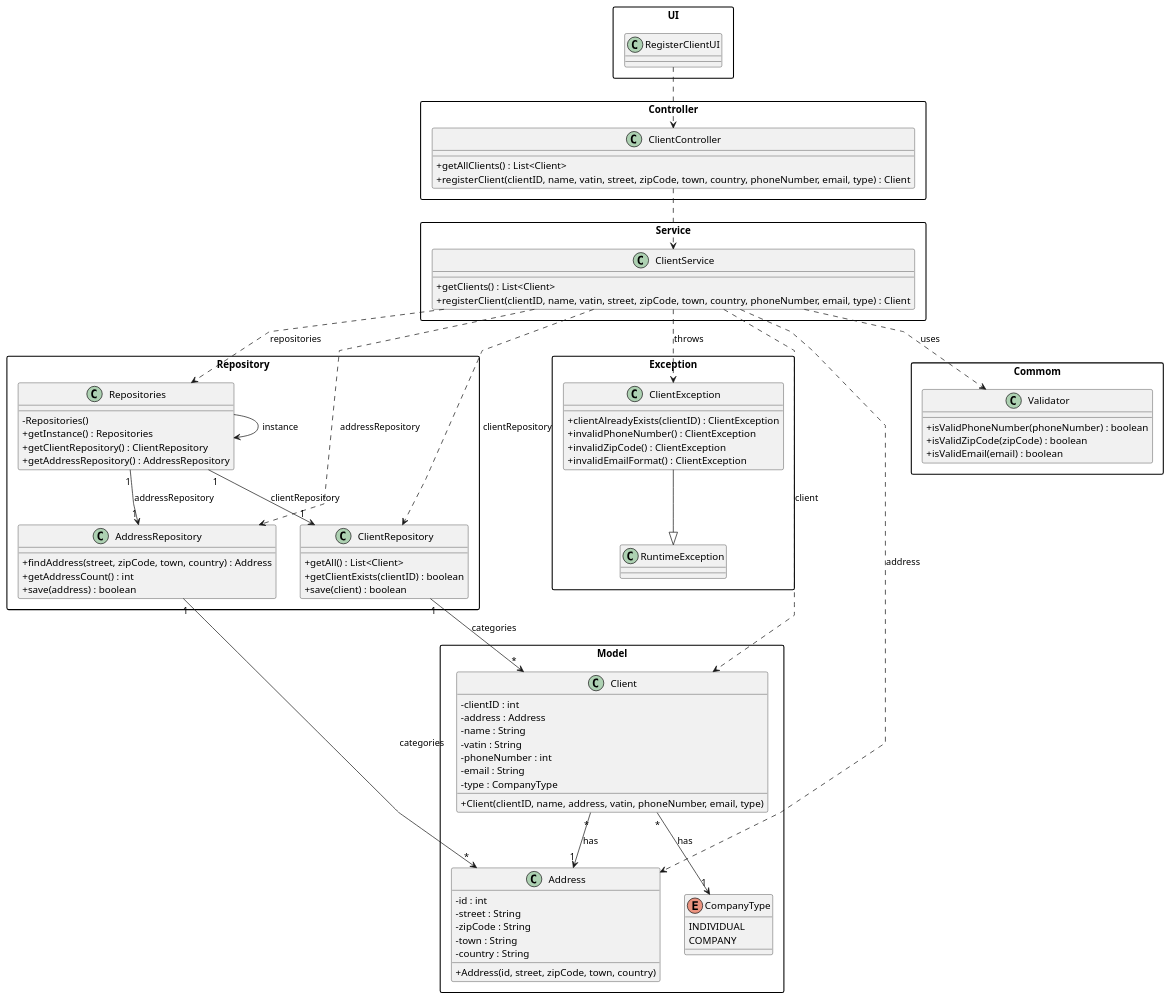
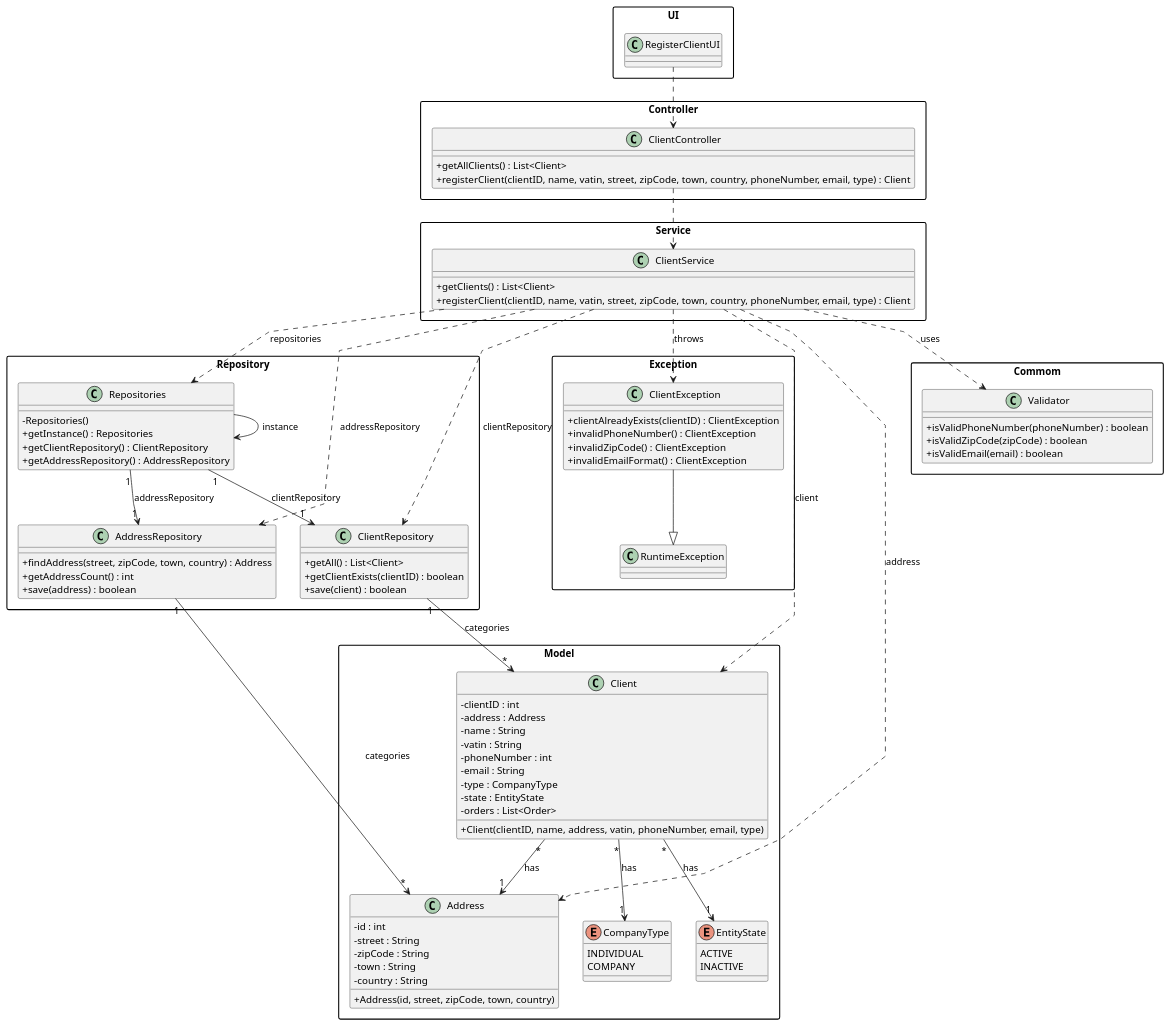
Before and after one commit to daniel41silva05/Production_Control_Industrial_ISEP: the diagram in documentation/user-stories/us001/03.design/puml/us001-class-diagram.puml, drawn with PlantUML. The commit also changed 22 other files, not shown here.

```diff
--- a/documentation/user-stories/us001/03.design/puml/us001-class-diagram.puml
+++ b/documentation/user-stories/us001/03.design/puml/us001-class-diagram.puml
@@ -1,112 +1,120 @@
 @startuml
 skinparam packageStyle rectangle
 skinparam shadowing false
 skinparam linetype polyline
 skinparam classAttributeIconSize 0
 
 package "UI" {
     class RegisterClientUI {
     }
 }
 
 package "Controller" {
     class ClientController {
         +getAllClients() : List<Client>
         +registerClient(clientID, name, vatin, street, zipCode, town, country, phoneNumber, email, type) : Client
     }
 }
 
 package "Service" {
     class ClientService {
         +getClients() : List<Client>
         +registerClient(clientID, name, vatin, street, zipCode, town, country, phoneNumber, email, type) : Client
     }
 }
 
 package "Repository" {
     class Repositories {
         -Repositories()
         +getInstance() : Repositories
         +getClientRepository() : ClientRepository
         +getAddressRepository() : AddressRepository
     }
 
     class ClientRepository {
         +getAll() : List<Client>
         +getClientExists(clientID) : boolean
         +save(client) : boolean
     }
 
     class AddressRepository {
         +findAddress(street, zipCode, town, country) : Address
         +getAddressCount() : int
         +save(address) : boolean
     }
 }
 
 package "Model" {
     class Client {
         -clientID : int
         -address : Address
         -name : String
         -vatin : String
         -phoneNumber : int
         -email : String
         -type : CompanyType
+        -state : EntityState
+        -orders : List<Order>
         +Client(clientID, name, address, vatin, phoneNumber, email, type)
     }
 
     class Address {
         -id : int
         -street : String
         -zipCode : String
         -town : String
         -country : String
         +Address(id, street, zipCode, town, country)
     }
 
     enum CompanyType {
         INDIVIDUAL
         COMPANY
+    }
+
+    enum EntityState {
+        ACTIVE
+        INACTIVE
     }
 }
 
 package "Exception" {
     class ClientException {
         +clientAlreadyExists(clientID) : ClientException
         +invalidPhoneNumber() : ClientException
         +invalidZipCode() : ClientException
         +invalidEmailFormat() : ClientException
     }
 
     class RuntimeException
 }
 
 package "Commom" {
     class Validator {
         +isValidPhoneNumber(phoneNumber) : boolean
         +isValidZipCode(zipCode) : boolean
         +isValidEmail(email) : boolean
     }
 }
 
 
 RegisterClientUI ..> ClientController
 ClientController ..> ClientService
 ClientService ..> Repositories : repositories
 ClientService ..> ClientRepository : clientRepository
 ClientService ..> AddressRepository : addressRepository
 ClientService ..> Client : client
 ClientService ..> Address : address
 Repositories --> Repositories : instance
 Repositories "1" --> "1" ClientRepository : clientRepository
 Repositories "1" --> "1" AddressRepository : addressRepository
 ClientRepository "1" --> "*" Client : categories
 AddressRepository "1" --> "*" Address : categories
 Client "*" --> "1" Address : has
 Client "*" --> "1" CompanyType : has
+Client "*" --> "1" EntityState : has
 ClientService ..> ClientException : throws
 ClientException --|> RuntimeException
 ClientService ..> Validator : uses
 
 @enduml
```
